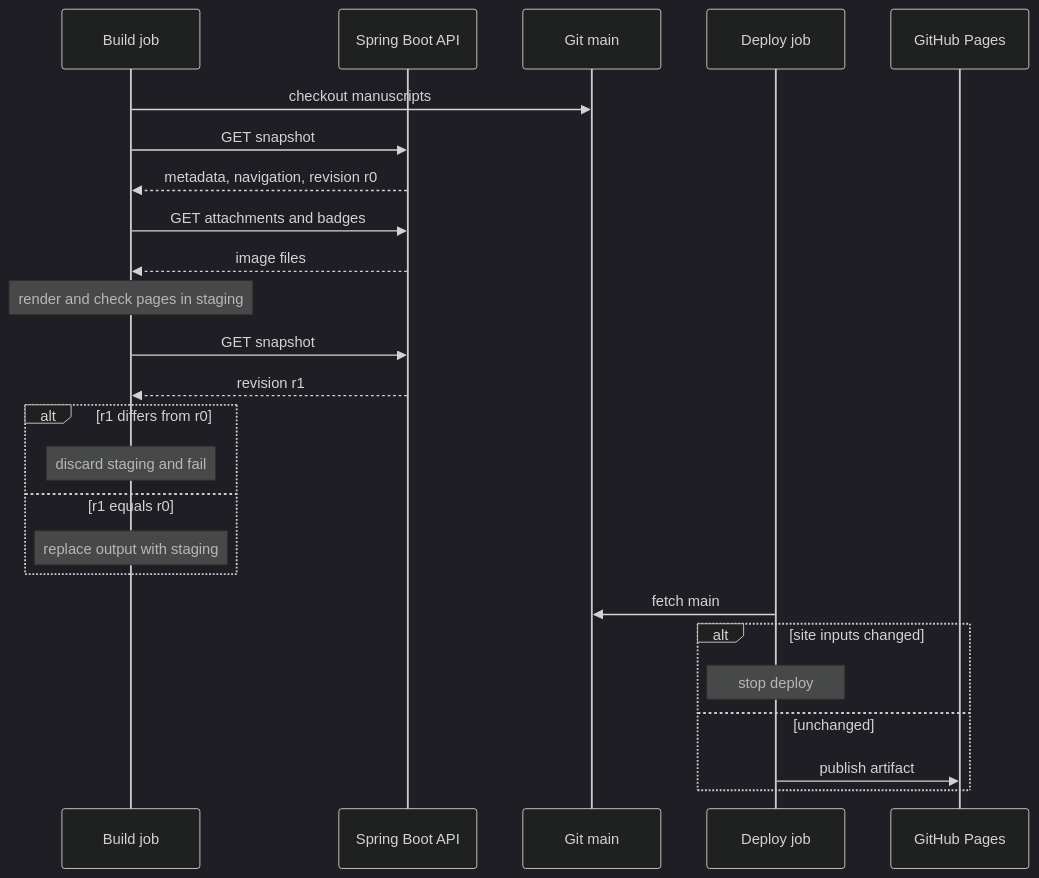
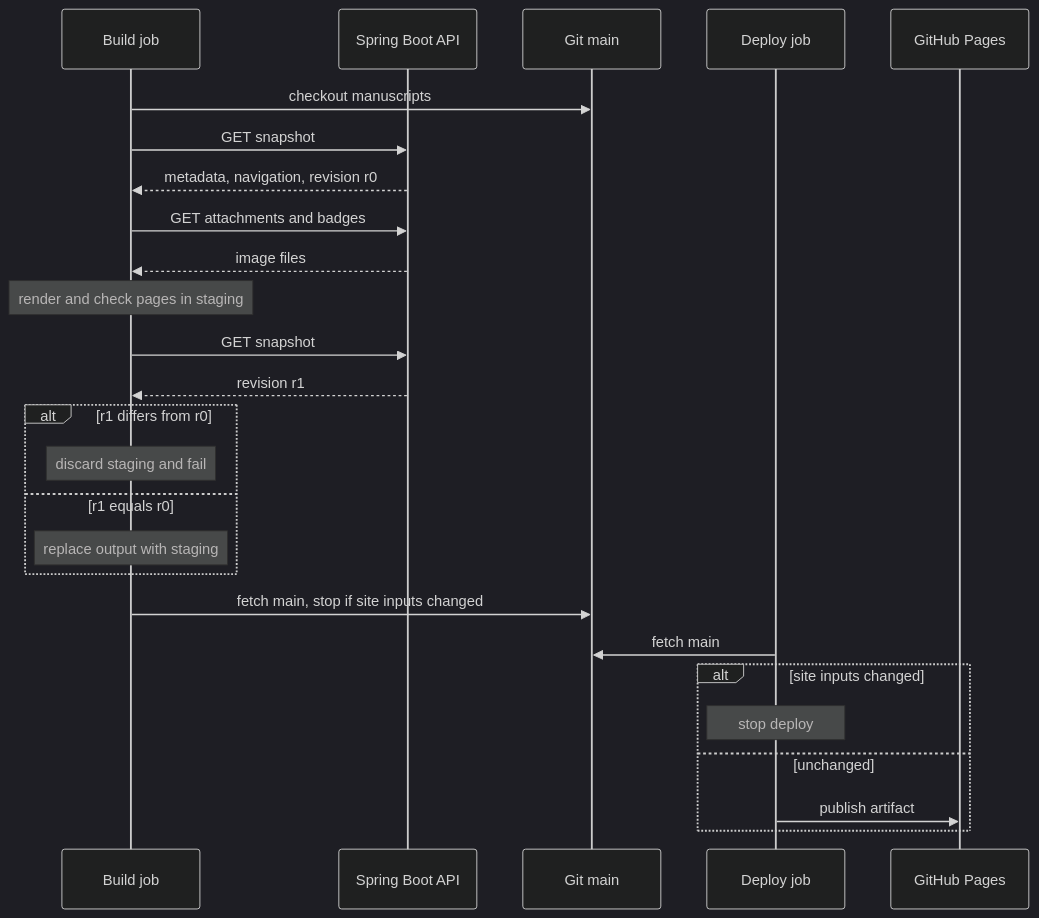
One commit to gjaku1031/ken-blog changed the fourth of 4 diagrams in content/posts/doc-340352c9-5fde-4bae-bc0b-4ecd744719a8.md. Above: the diagram before and after it, drawn with Mermaid (dark theme). The commit also changed other lines of this file and 12 other files, not shown here.

````diff
--- a/content/posts/doc-340352c9-5fde-4bae-bc0b-4ecd744719a8.md
+++ b/content/posts/doc-340352c9-5fde-4bae-bc0b-4ecd744719a8.md
@@ -174,28 +174,29 @@
 ```mermaid
 sequenceDiagram
     %% legend: solid=요청; dotted=응답
     participant Build as Build job
     participant API as Spring Boot API
     participant Git as Git main
     participant Deploy as Deploy job
     participant Pages as GitHub Pages
     Build->>Git: checkout manuscripts
     Build->>API: GET snapshot
     API-->>Build: metadata, navigation, revision r0
     Build->>API: GET attachments and badges
     API-->>Build: image files
     Note over Build: render and check pages in staging
     Build->>API: GET snapshot
     API-->>Build: revision r1
     alt r1 differs from r0
         Note over Build: discard staging and fail
     else r1 equals r0
         Note over Build: replace output with staging
     end
+    Build->>Git: fetch main, stop if site inputs changed
     Deploy->>Git: fetch main
     alt site inputs changed
         Note over Deploy: stop deploy
     else unchanged
         Deploy->>Pages: publish artifact
     end
 ```
````
